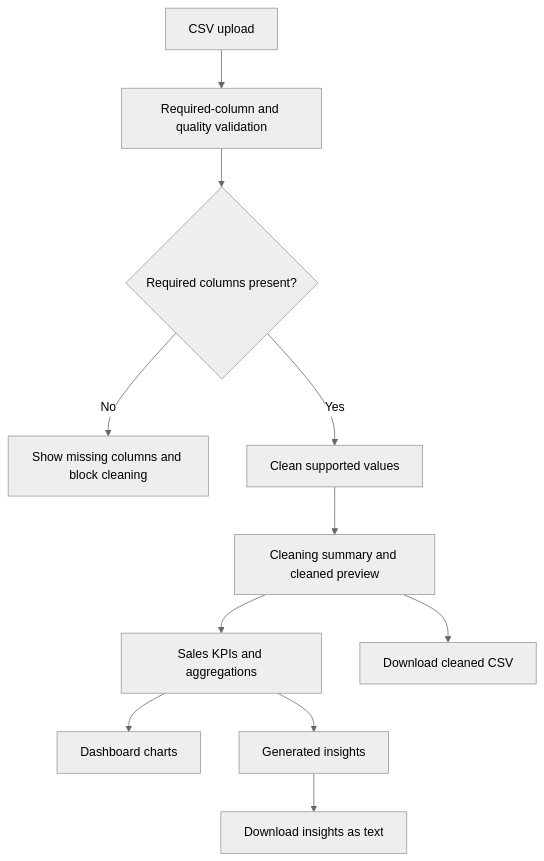
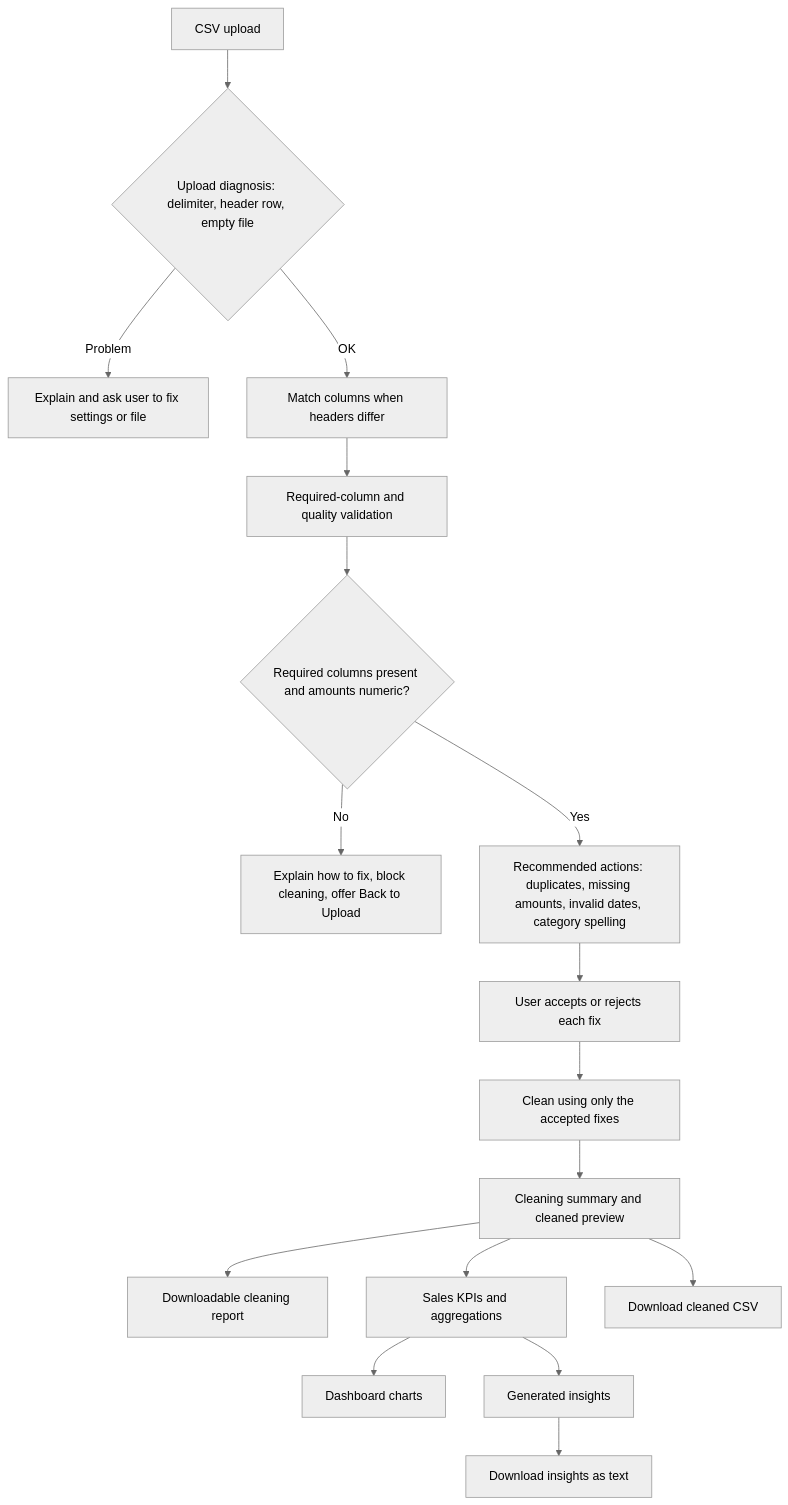
The diagram in docs/architecture.md (clane1/business-intelligence-assistant), drawn with Mermaid (neutral theme) before and after one commit. The commit also changed other lines of this file and 24 other files, not shown here.

First line of the commit message:
Add recommended actions, column mapping, cleaning report and full tests

````diff
--- a/docs/architecture.md
+++ b/docs/architecture.md
@@ -11,13 +11,19 @@
 ```mermaid
 flowchart TD
-    A[CSV upload] --> B[Required-column and quality validation]
-    B --> C{Required columns present?}
-    C -- No --> D[Show missing columns and block cleaning]
-    C -- Yes --> E[Clean supported values]
+    A[CSV upload] --> A2{Upload diagnosis: delimiter, header row, empty file}
+    A2 -- Problem --> A3[Explain and ask user to fix settings or file]
+    A2 -- OK --> M[Match columns when headers differ]
+    M --> B[Required-column and quality validation]
+    B --> C{Required columns present and amounts numeric?}
+    C -- No --> D[Explain how to fix, block cleaning, offer Back to Upload]
+    C -- Yes --> R[Recommended actions: duplicates, missing amounts, invalid dates, category spelling]
+    R --> U[User accepts or rejects each fix]
+    U --> E[Clean using only the accepted fixes]
     E --> F[Cleaning summary and cleaned preview]
+    F --> P[Downloadable cleaning report]
     F --> G[Sales KPIs and aggregations]
     G --> H[Dashboard charts]
     G --> I[Generated insights]
     F --> J[Download cleaned CSV]
     I --> K[Download insights as text]
 ```
````
